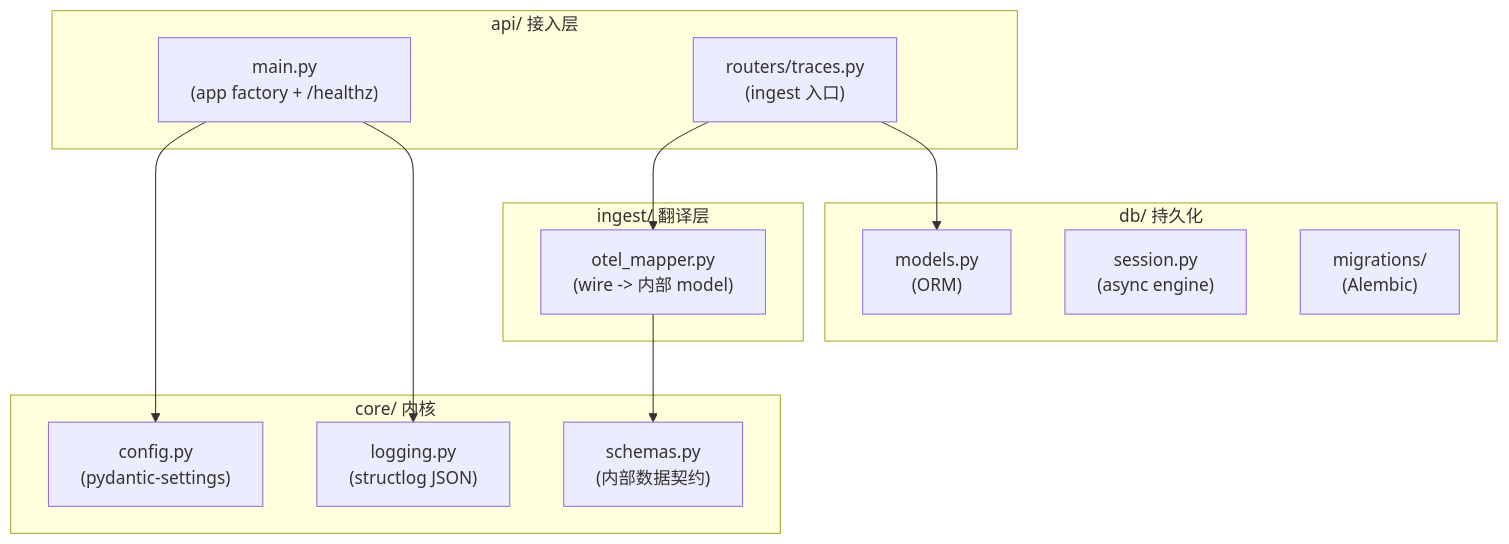
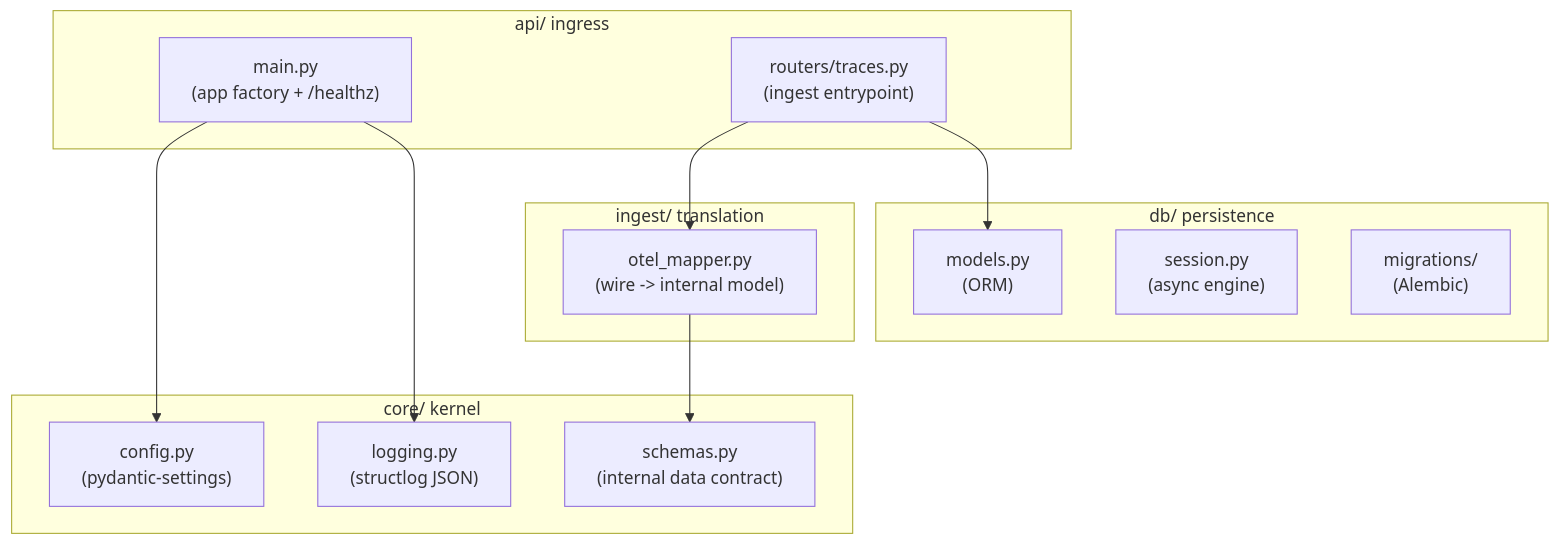
One commit to AndyUneducated/eval-gate changed the second of 2 diagrams in docs/PHASE_1_PLAN.md. Above: the diagram before and after it, drawn with Mermaid. The commit also changed other lines of this file and 22 other files, not shown here.

````diff
--- a/docs/PHASE_1_PLAN.md
+++ b/docs/PHASE_1_PLAN.md
@@ -28,25 +28,25 @@
 ```mermaid
 flowchart TB
-  subgraph api["api/ 接入层"]
+  subgraph api["api/ ingress"]
     Main["main.py<br/>(app factory + /healthz)"]
-    Traces["routers/traces.py<br/>(ingest 入口)"]
+    Traces["routers/traces.py<br/>(ingest entrypoint)"]
   end
-  subgraph ingest["ingest/ 翻译层"]
-    OtelMapper["otel_mapper.py<br/>(wire -> 内部 model)"]
+  subgraph ingest["ingest/ translation"]
+    OtelMapper["otel_mapper.py<br/>(wire -> internal model)"]
   end
-  subgraph core["core/ 内核"]
+  subgraph core["core/ kernel"]
     Config["config.py<br/>(pydantic-settings)"]
     Logging["logging.py<br/>(structlog JSON)"]
-    Schemas["schemas.py<br/>(内部数据契约)"]
+    Schemas["schemas.py<br/>(internal data contract)"]
   end
-  subgraph db["db/ 持久化"]
+  subgraph db["db/ persistence"]
     Models["models.py<br/>(ORM)"]
     Session["session.py<br/>(async engine)"]
     Migrations["migrations/<br/>(Alembic)"]
   end
 
   Traces --> OtelMapper --> Schemas
   Traces --> Models
   Main --> Config
   Main --> Logging
 ```
````
